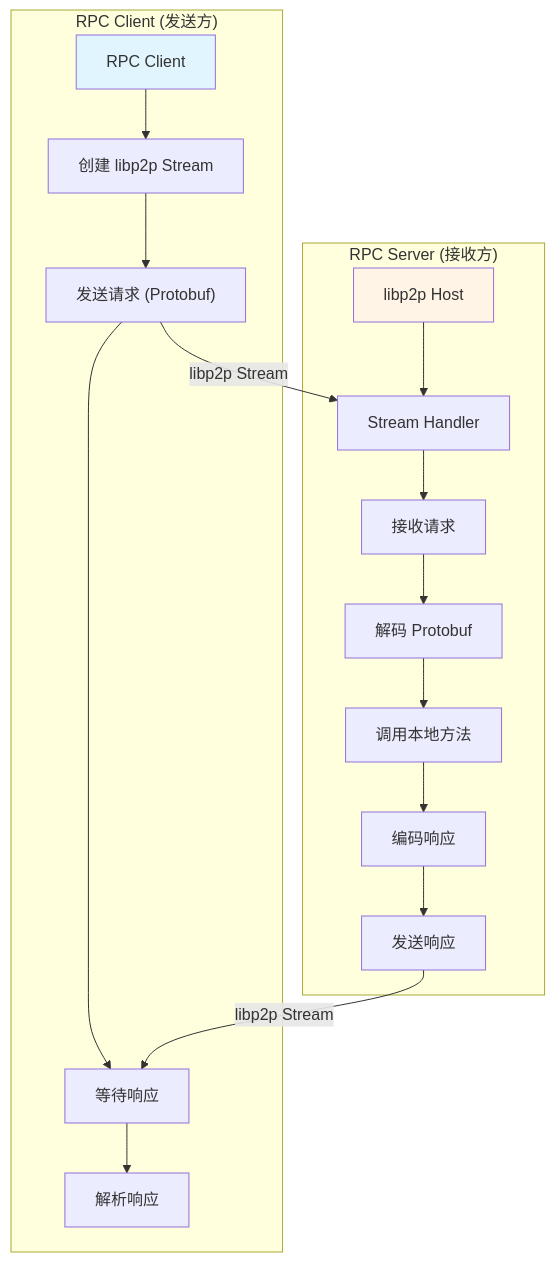
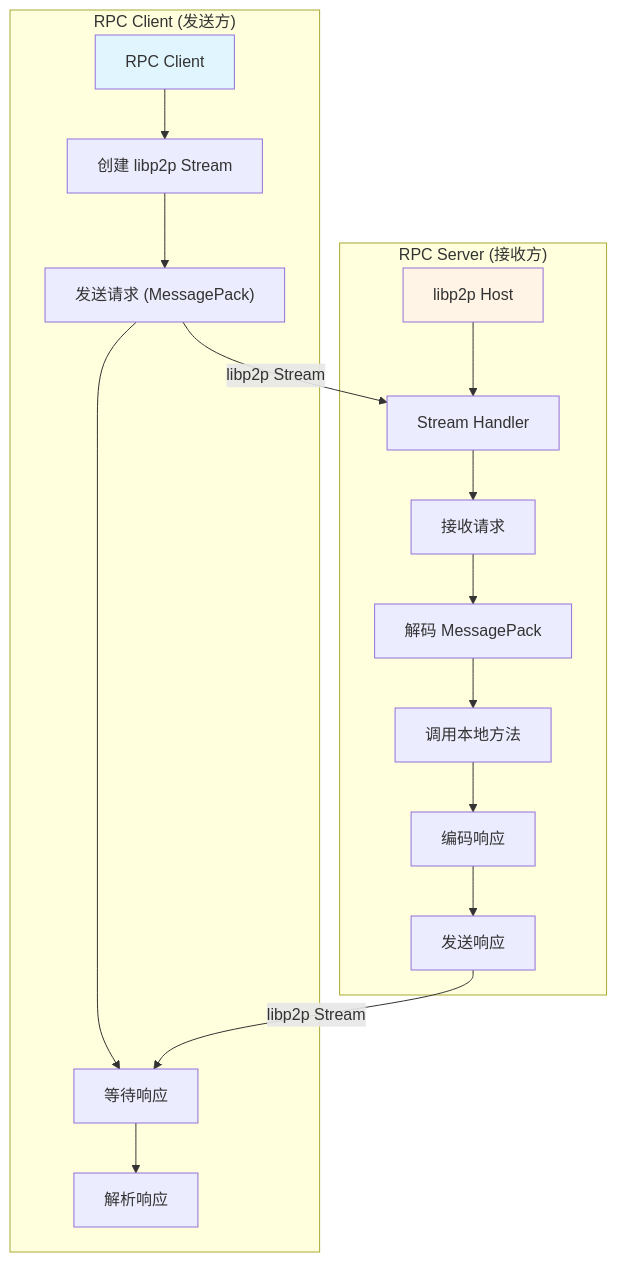
One commit to jzhang405/NexKV changed the diagram in docs/06_project_management/pr_documents/feature/2026-02-07_PR-Libp2p-RPC_全流程.md. Above: the diagram before and after it, drawn with Mermaid. The commit also changed other lines of this file, not shown here.

````diff
--- a/docs/06_project_management/pr_documents/feature/2026-02-07_PR-Libp2p-RPC_全流程.md
+++ b/docs/06_project_management/pr_documents/feature/2026-02-07_PR-Libp2p-RPC_全流程.md
@@ -89,24 +89,24 @@
 ```mermaid
 flowchart TD
     subgraph "RPC Client (发送方)"
         A1["RPC Client"] --> A2["创建 libp2p Stream"]
-        A2 --> A3["发送请求 (Protobuf)"]
+        A2 --> A3["发送请求 (MessagePack)"]
         A3 --> A4["等待响应"]
         A4 --> A5["解析响应"]
     end
-    
+
     subgraph "RPC Server (接收方)"
         B1["libp2p Host"] --> B2["Stream Handler"]
         B2 --> B3["接收请求"]
-        B3 --> B4["解码 Protobuf"]
+        B3 --> B4["解码 MessagePack"]
         B4 --> B5["调用本地方法"]
         B5 --> B6["编码响应"]
         B6 --> B7["发送响应"]
     end
-    
+
     A3 -->|libp2p Stream| B2
     B7 -->|libp2p Stream| A4
-    
+
     style A1 fill:#e1f5ff
     style B1 fill:#fff4e6
 ```
````
